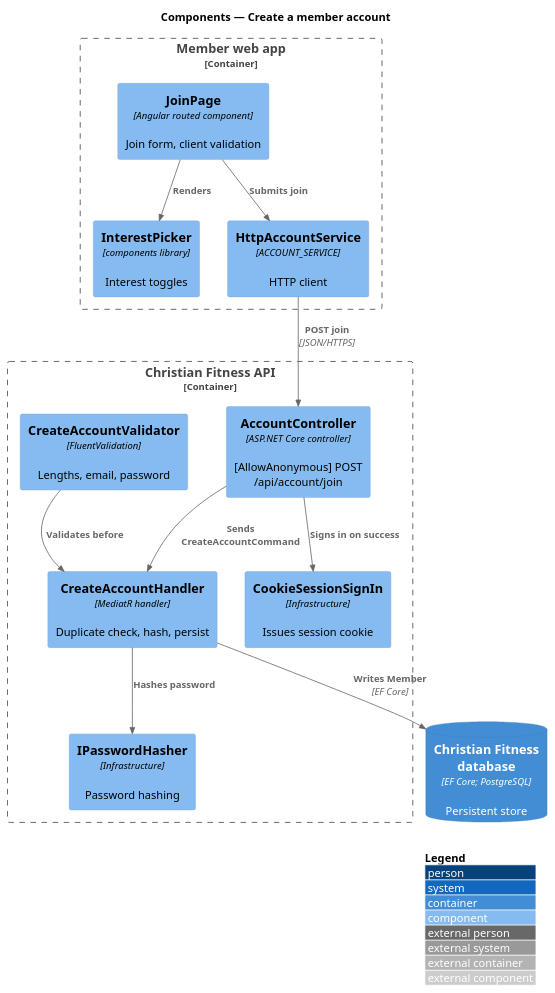
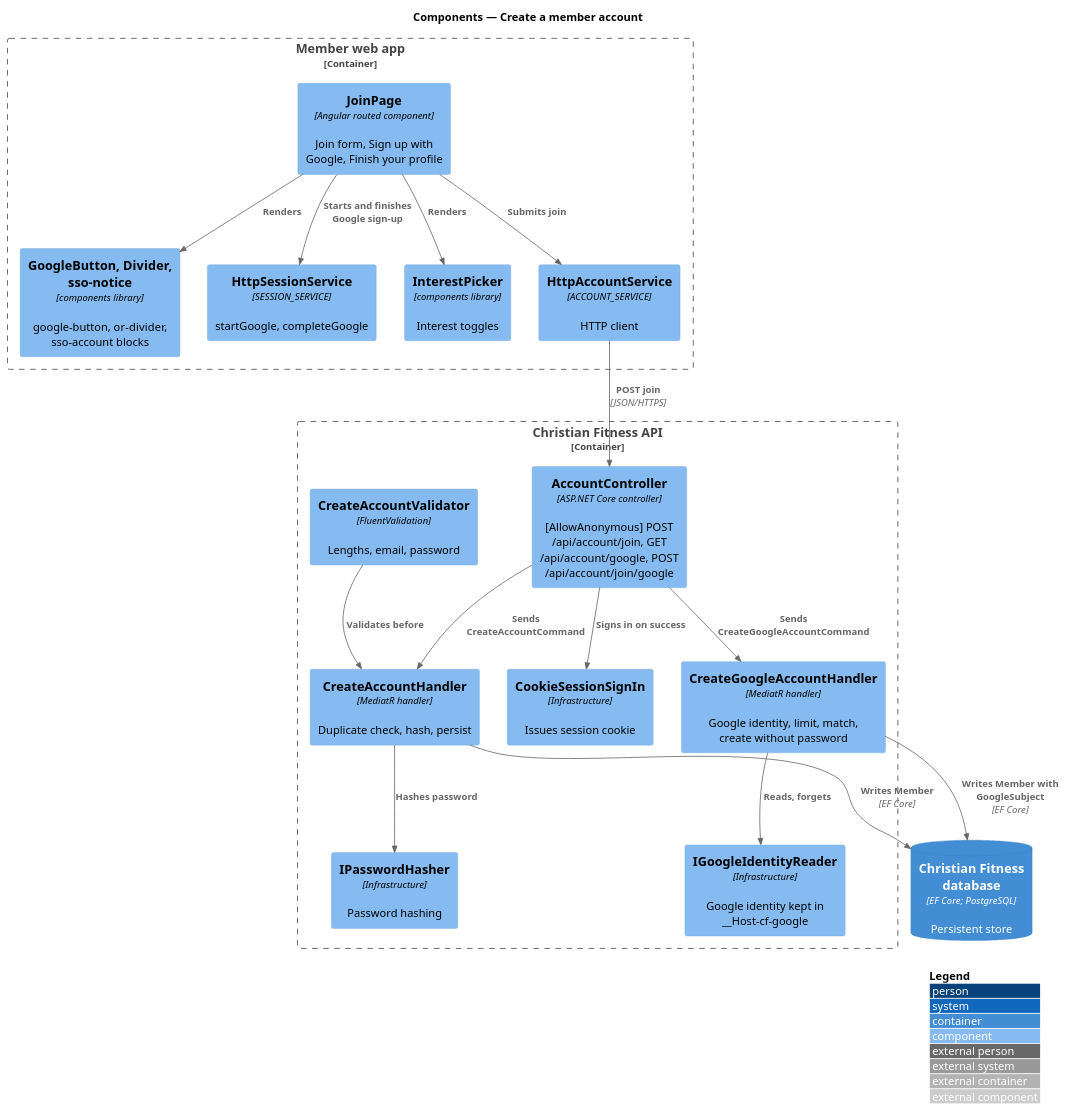
One commit to QuinntyneBrown/christian-fitness changed the diagram in docs/detailed-designs/member-access/create-account/diagrams/c4-component.puml. Above: the diagram before and after it, drawn with PlantUML. The commit also changed 66 other files, not shown here.

First line of the commit message:
Design Google sign-in and update the access designs

```diff
--- a/docs/detailed-designs/member-access/create-account/diagrams/c4-component.puml
+++ b/docs/detailed-designs/member-access/create-account/diagrams/c4-component.puml
@@ -1,28 +1,37 @@
 @startuml
 !include <C4/C4_Component>
 LAYOUT_WITH_LEGEND()
 title Components — Create a member account
 
 Container_Boundary(web, "Member web app") {
-  Component(page, "JoinPage", "Angular routed component", "Join form, client validation")
+  Component(page, "JoinPage", "Angular routed component", "Join form, Sign up with Google, Finish your profile")
+  Component(gui, "GoogleButton, Divider, sso-notice", "components library", "google-button, or-divider, sso-account blocks")
+  Component(ses, "HttpSessionService", "SESSION_SERVICE", "startGoogle, completeGoogle")
   Component(ui, "InterestPicker", "components library", "Interest toggles")
   Component(svc, "HttpAccountService", "ACCOUNT_SERVICE", "HTTP client")
 }
 Container_Boundary(api, "Christian Fitness API") {
-  Component(ctrl, "AccountController", "ASP.NET Core controller", "[AllowAnonymous] POST /api/account/join")
+  Component(ctrl, "AccountController", "ASP.NET Core controller", "[AllowAnonymous] POST /api/account/join, GET /api/account/google, POST /api/account/join/google")
+  Component(gh, "CreateGoogleAccountHandler", "MediatR handler", "Google identity, limit, match, create without password")
+  Component(reader, "IGoogleIdentityReader", "Infrastructure", "Google identity kept in __Host-cf-google")
   Component(v, "CreateAccountValidator", "FluentValidation", "Lengths, email, password")
   Component(h, "CreateAccountHandler", "MediatR handler", "Duplicate check, hash, persist")
   Component(hash, "IPasswordHasher", "Infrastructure", "Password hashing")
   Component(sess, "CookieSessionSignIn", "Infrastructure", "Issues session cookie")
 }
 ContainerDb(db, "Christian Fitness database", "EF Core; PostgreSQL", "Persistent store")
 
 Rel(page, ui, "Renders")
 Rel(page, svc, "Submits join")
 Rel(svc, ctrl, "POST join", "JSON/HTTPS")
 Rel(ctrl, h, "Sends CreateAccountCommand")
 Rel(v, h, "Validates before")
 Rel(h, hash, "Hashes password")
 Rel(h, db, "Writes Member", "EF Core")
 Rel(ctrl, sess, "Signs in on success")
+Rel(page, gui, "Renders")
+Rel(page, ses, "Starts and finishes Google sign-up")
+Rel(ctrl, gh, "Sends CreateGoogleAccountCommand")
+Rel(gh, reader, "Reads, forgets")
+Rel(gh, db, "Writes Member with GoogleSubject", "EF Core")
 @enduml
```
